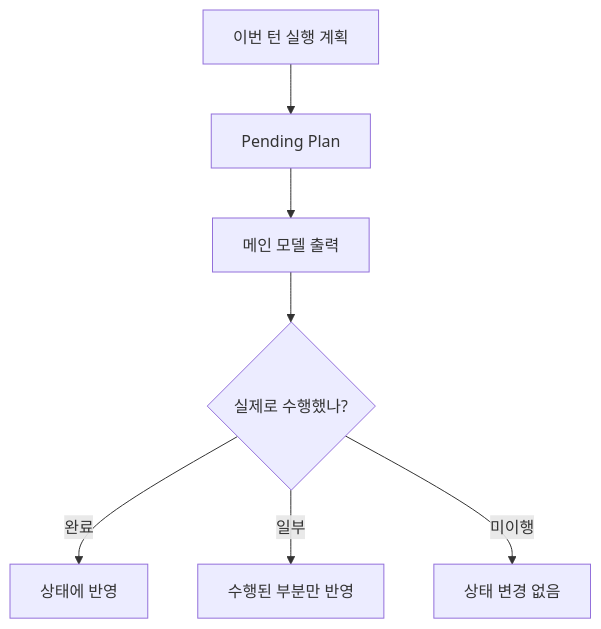
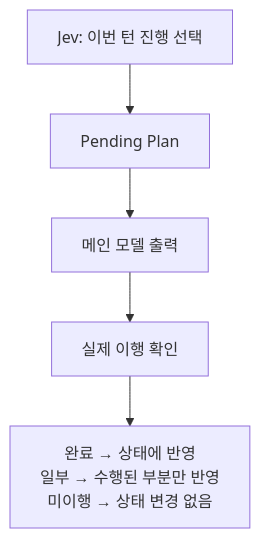
Before and after one commit to bongbong11/-_-: the third of 4 diagrams in README.md, drawn with Mermaid. The commit also changed other lines of this file and 17 other files, not shown here.

```diff
--- a/README.md
+++ b/README.md
@@ -408,9 +244,7 @@
 ~~~mermaid
 flowchart TD
-    A["이번 턴 실행 계획"] --> B["Pending Plan"]
+    A["Jev: 이번 턴 진행 선택"] --> B["Pending Plan"]
     B --> C["메인 모델 출력"]
-    C --> D{"실제로 수행했나?"}
-    D -->|"완료"| E["상태에 반영"]
-    D -->|"일부"| F["수행된 부분만 반영"]
-    D -->|"미이행"| G["상태 변경 없음"]
+    C --> D["실제 이행 확인"]
+    D --> E["완료 → 상태에 반영<br/>일부 → 수행된 부분만 반영<br/>미이행 → 상태 변경 없음"]
 ~~~
```
